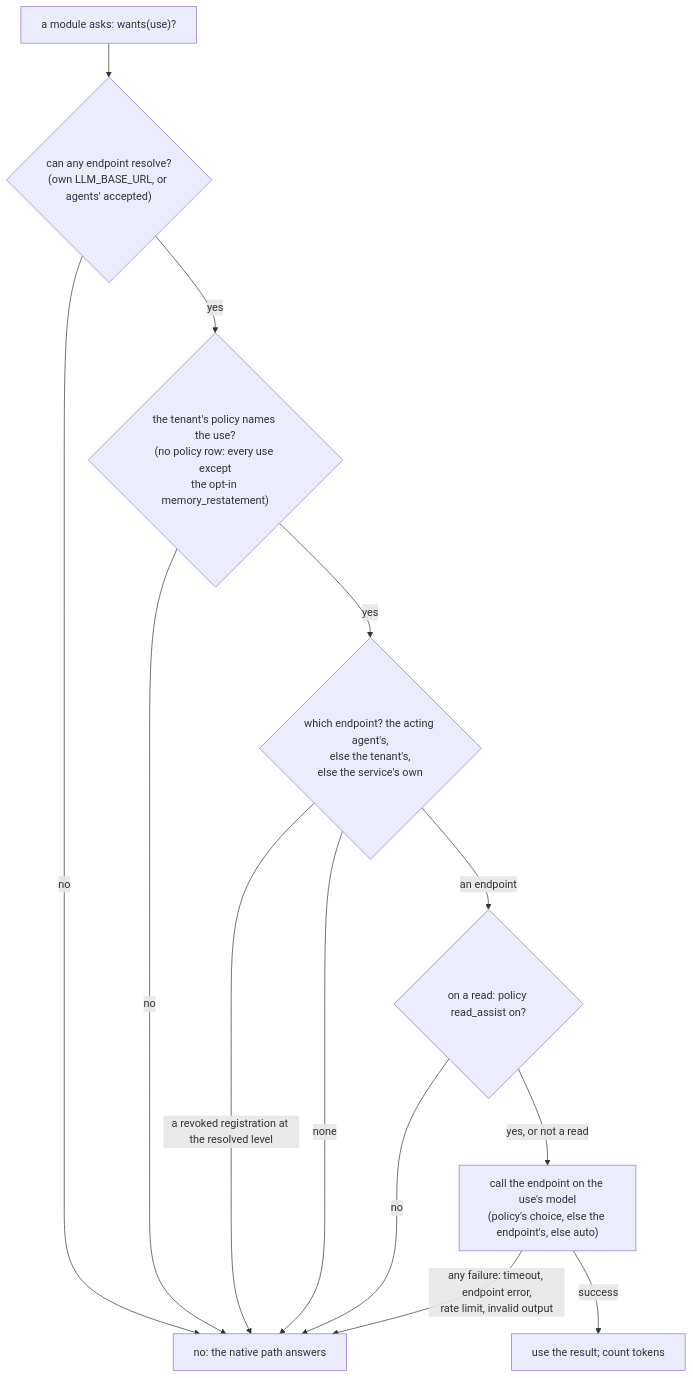
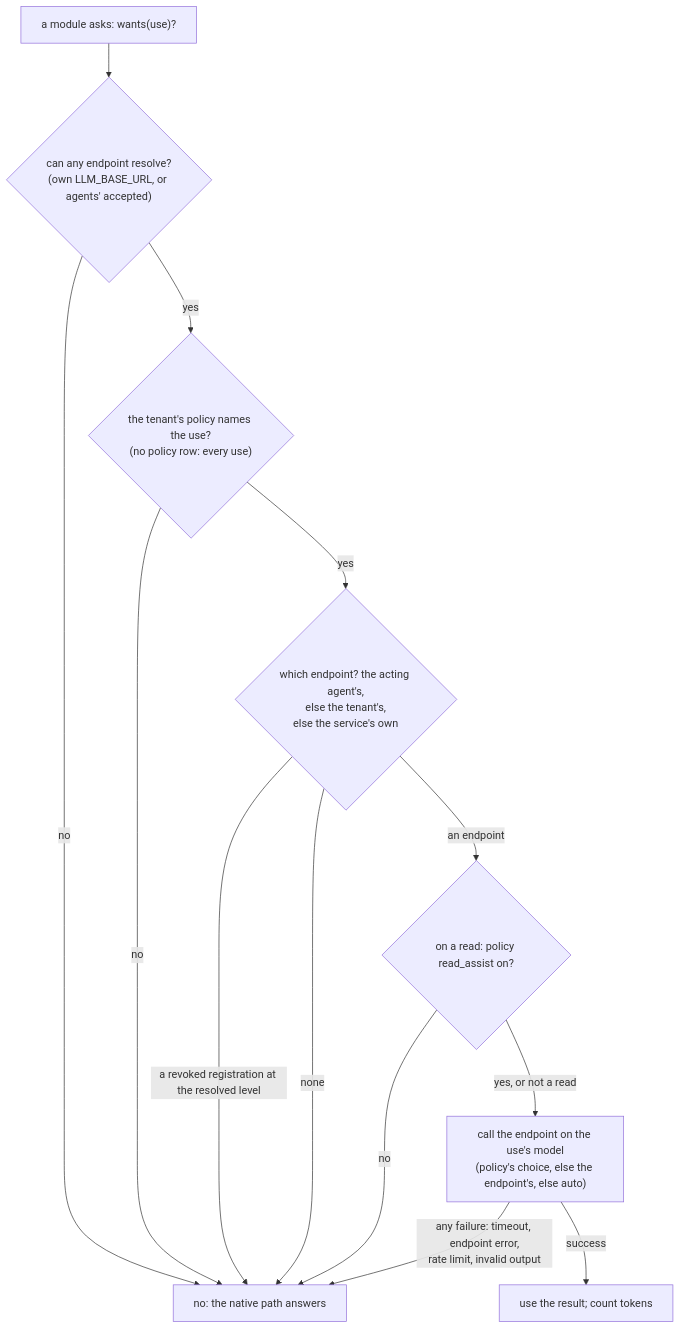
The second of 2 diagrams in docs/guide/08-models.md (amitmohapatra/agent-memory-service), drawn with Mermaid before and after one commit. The commit also changed other lines of this file and 11 other files, not shown here.

````diff
--- a/docs/guide/08-models.md
+++ b/docs/guide/08-models.md
@@ -168,15 +168,15 @@
 ```mermaid
 flowchart TB
   U["a module asks: wants(use)?"] --> G{"can any endpoint resolve?<br/>(own LLM_BASE_URL, or agents' accepted)"}
   G -->|no| N["no: the native path answers"]
-  G -->|yes| P{"the tenant's policy names the use?<br/>(no policy row: every use except<br/>the opt-in memory_restatement)"}
+  G -->|yes| P{"the tenant's policy names the use?<br/>(no policy row: every use)"}
   P -->|no| N
   P -->|yes| K{"which endpoint? the acting agent's,<br/>else the tenant's,<br/>else the service's own"}
   K -->|"a revoked registration at the resolved level"| N
   K -->|none| N
   K -->|an endpoint| RD{"on a read: policy read_assist on?"}
   RD -->|no| N
   RD -->|"yes, or not a read"| CALL["call the endpoint on the use's model<br/>(policy's choice, else the endpoint's, else auto)"]
   CALL -->|"any failure: timeout, endpoint error,<br/>rate limit, invalid output"| N
   CALL -->|success| USE["use the result#59; count tokens"]
 ```
````
